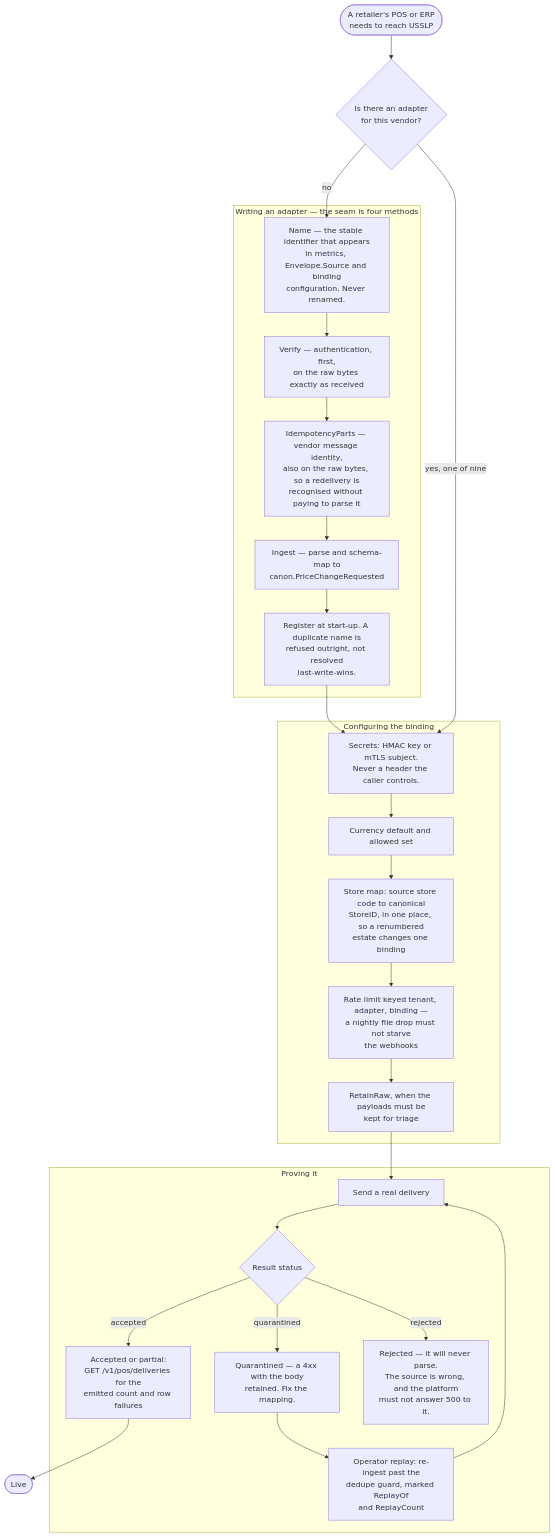
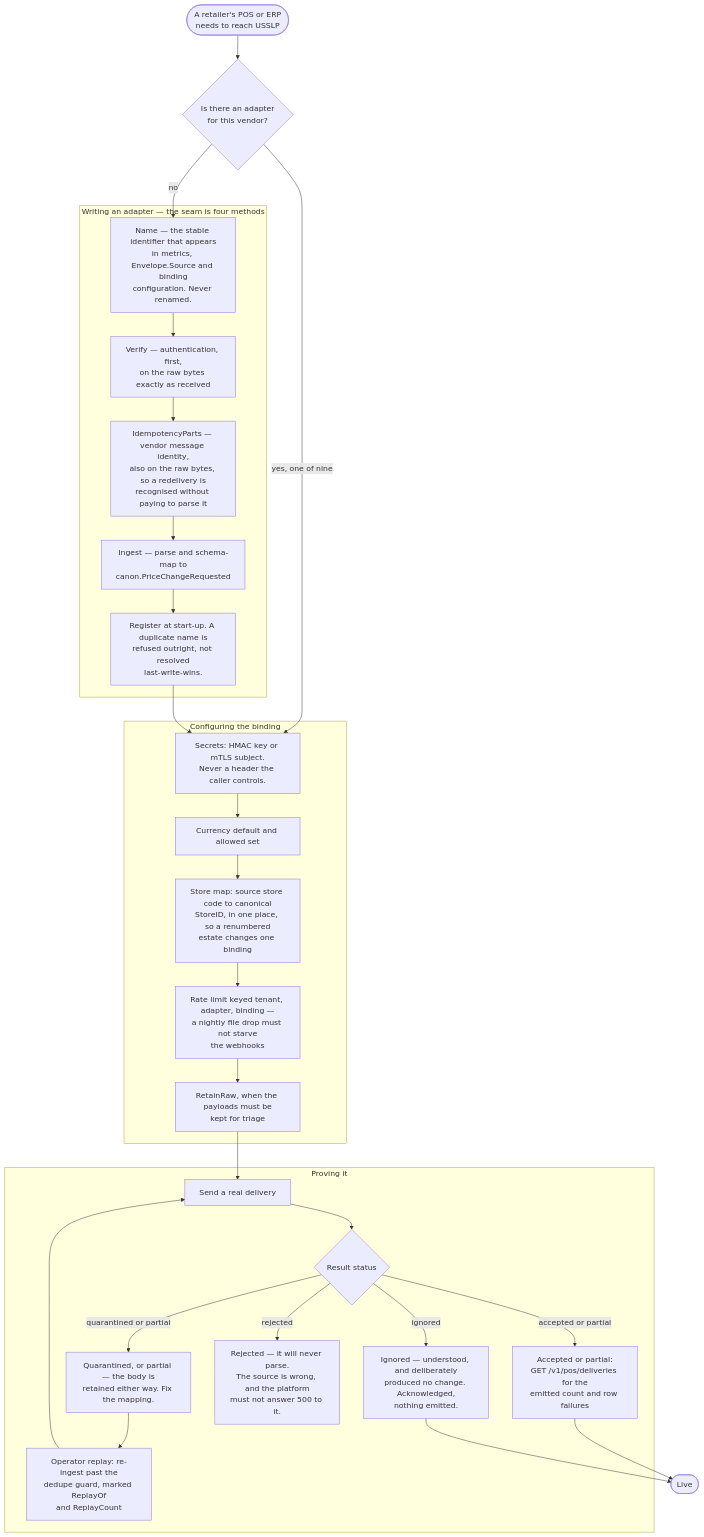
One commit to udaykishore-resu/usslp-platform changed the seventh of 14 diagrams in docs/architecture/07-flows.md. Above: the diagram before and after it, drawn with Mermaid. The commit also changed other lines of this file and 16 other files, not shown here.

First line of the commit message:
docs: add a diagram index, and audit every diagram against the code

````diff
--- a/docs/architecture/07-flows.md
+++ b/docs/architecture/07-flows.md
@@ -192,40 +192,43 @@
 ```mermaid
 flowchart TB
     subgraph build_s["Writing an adapter — the seam is four methods"]
         b1["Name — the stable identifier that appears<br/>in metrics, Envelope.Source and binding<br/>configuration. Never renamed."]
         b2["Verify — authentication, first,<br/>on the raw bytes exactly as received"]
         b3["IdempotencyParts — vendor message identity,<br/>also on the raw bytes, so a redelivery is<br/>recognised without paying to parse it"]
         b4["Ingest — parse and schema-map to<br/>canon.PriceChangeRequested"]
         b5["Register at start-up. A duplicate name is<br/>refused outright, not resolved<br/>last-write-wins."]
         b1 --> b2 --> b3 --> b4 --> b5
     end
 
     subgraph cfg_s["Configuring the binding"]
         f1["Secrets: HMAC key or mTLS subject.<br/>Never a header the caller controls."]
         f2["Currency default and allowed set"]
         f3["Store map: source store code to canonical<br/>StoreID, in one place, so a renumbered<br/>estate changes one binding"]
         f4["Rate limit keyed tenant, adapter, binding —<br/>a nightly file drop must not starve<br/>the webhooks"]
         f5["RetainRaw, when the payloads must be<br/>kept for triage"]
         f1 --> f2 --> f3 --> f4 --> f5
     end
 
     subgraph test_s["Proving it"]
         t1["Send a real delivery"]
         t2{"Result status"}
         t3["Accepted or partial:<br/>GET /v1/pos/deliveries for the<br/>emitted count and row failures"]
-        t4["Quarantined — a 4xx with the body<br/>retained. Fix the mapping."]
+        t4["Quarantined, or partial — the body is<br/>retained either way. Fix the mapping."]
         t5["Operator replay: re-ingest past the<br/>dedupe guard, marked ReplayOf<br/>and ReplayCount"]
         t6["Rejected — it will never parse.<br/>The source is wrong, and the platform<br/>must not answer 500 to it."]
+        t7["Ignored — understood, and deliberately<br/>produced no change. Acknowledged,<br/>nothing emitted."]
         t1 --> t2
-        t2 -->|"accepted"| t3
-        t2 -->|"quarantined"| t4 --> t5 --> t1
+        t2 -->|"accepted or partial"| t3
+        t2 -->|"quarantined or partial"| t4 --> t5 --> t1
         t2 -->|"rejected"| t6
+        t2 -->|"ignored"| t7
     end
 
     s(["A retailer's POS or ERP<br/>needs to reach USSLP"]) --> q{"Is there an adapter<br/>for this vendor?"}
     q -->|"no"| b1
     q -->|"yes, one of nine"| f1
     b5 --> f1
     f5 --> t1
     t3 --> live(["Live"])
+    t7 --> live
 ```
````
